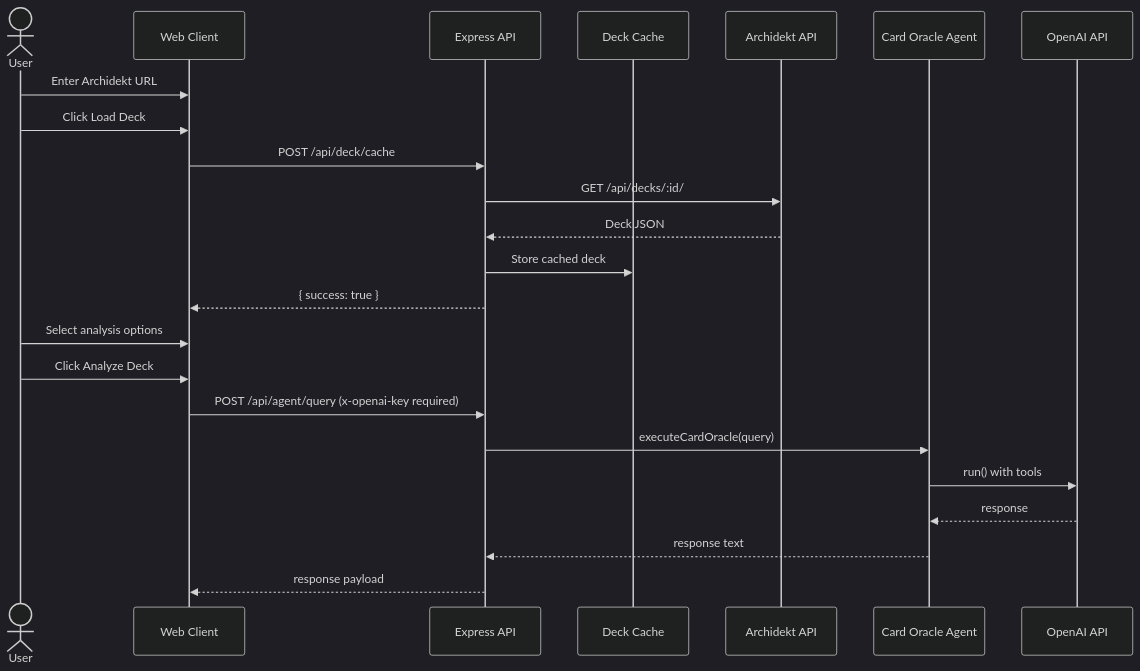
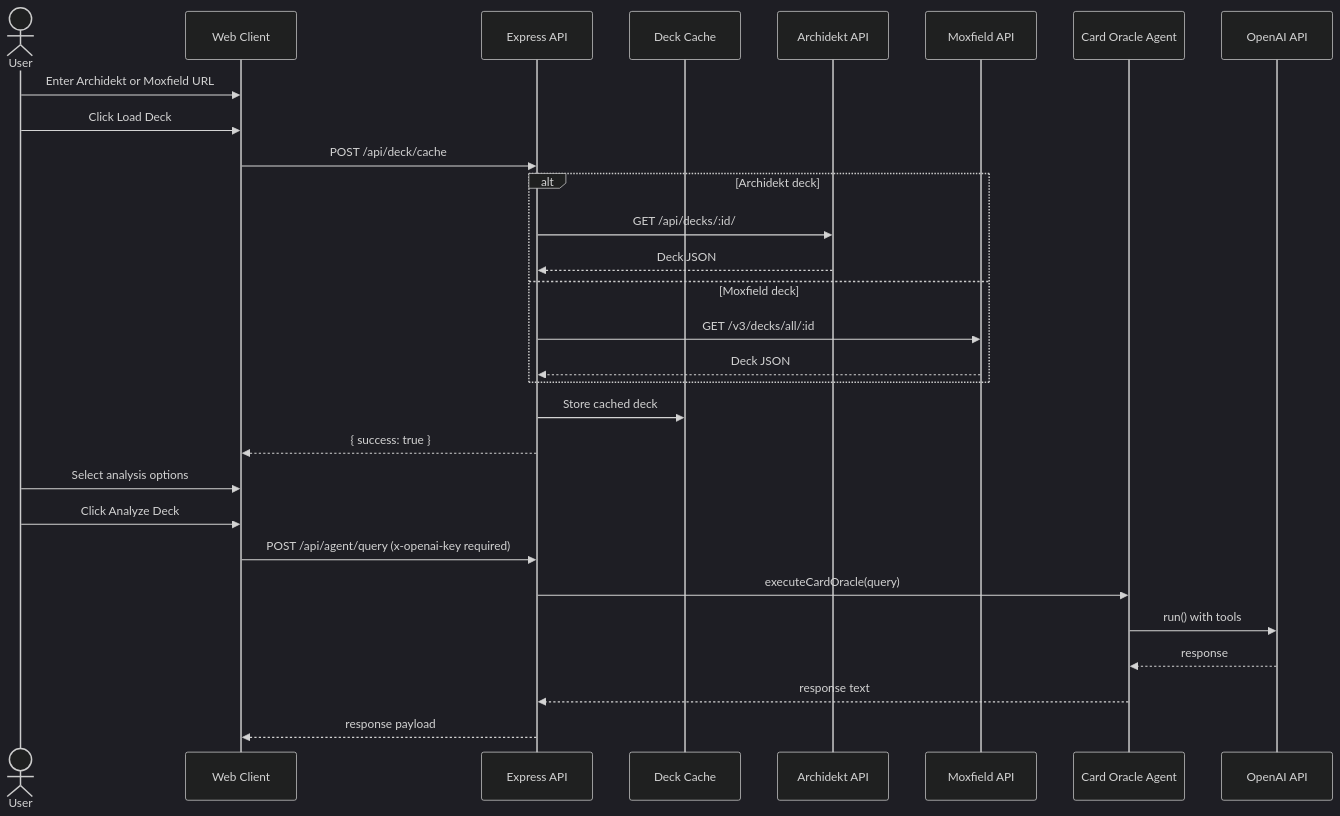
One commit to dougsaus/before-that-resolves changed the first of 3 diagrams in docs/interaction.md. Above: the diagram before and after it, drawn with Mermaid (dark theme). The commit also changed 29 other files, not shown here.

First line of the commit message:
Add Moxfield deck loading support (#57)

````diff
--- a/docs/interaction.md
+++ b/docs/interaction.md
@@ -7,27 +7,33 @@
 ```mermaid
 sequenceDiagram
   actor User
   participant UI as Web Client
   participant API as Express API
   participant Deck as Deck Cache
   participant Archidekt as Archidekt API
+  participant Moxfield as Moxfield API
   participant Agent as Card Oracle Agent
   participant OpenAI as OpenAI API
 
-  User->>UI: Enter Archidekt URL
+  User->>UI: Enter Archidekt or Moxfield URL
   User->>UI: Click Load Deck
   UI->>API: POST /api/deck/cache
-  API->>Archidekt: GET /api/decks/:id/
-  Archidekt-->>API: Deck JSON
+  alt Archidekt deck
+    API->>Archidekt: GET /api/decks/:id/
+    Archidekt-->>API: Deck JSON
+  else Moxfield deck
+    API->>Moxfield: GET /v3/decks/all/:id
+    Moxfield-->>API: Deck JSON
+  end
   API->>Deck: Store cached deck
   API-->>UI: { success: true }
 
   User->>UI: Select analysis options
   User->>UI: Click Analyze Deck
   UI->>API: POST /api/agent/query (x-openai-key required)
   API->>Agent: executeCardOracle(query)
   Agent->>OpenAI: run() with tools
   OpenAI-->>Agent: response
   Agent-->>API: response text
   API-->>UI: response payload
 ```
````
